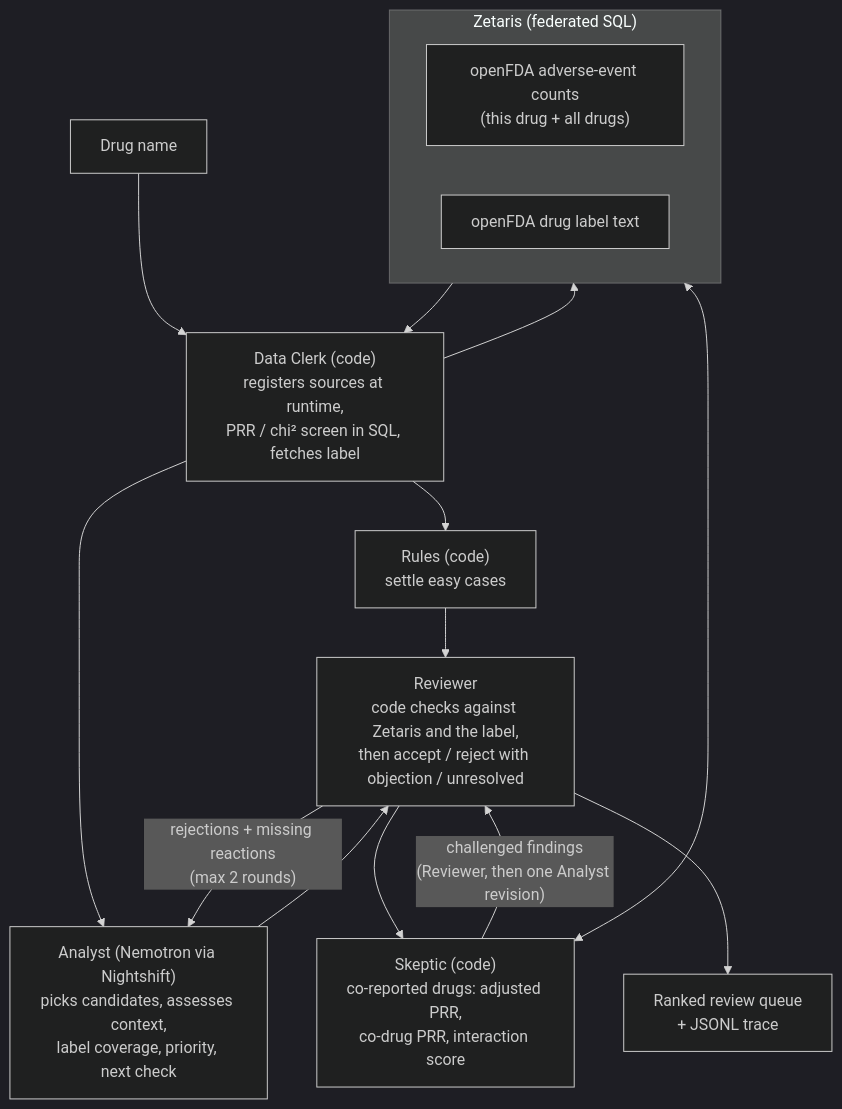
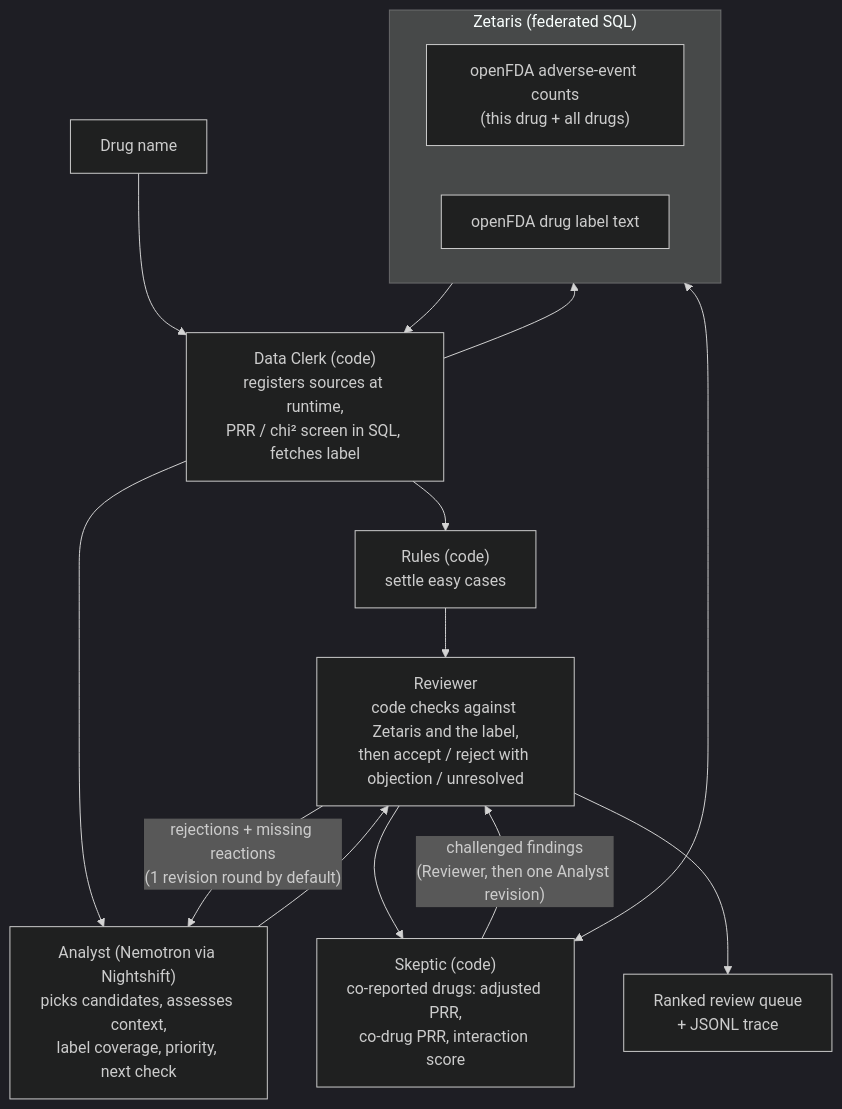
Before and after one commit to realRickyNguyen/Vigil-Agent: the diagram in README.md, drawn with Mermaid (dark theme). The commit also changed other lines of this file and 6 other files, not shown here.

````diff
--- a/README.md
+++ b/README.md
@@ -82,19 +84,19 @@
 ```mermaid
 flowchart TD
     IN["Drug name"] --> CLERK
     subgraph Z["Zetaris (federated SQL)"]
       FAERS["openFDA adverse-event counts<br/>(this drug + all drugs)"]
       LABEL["openFDA drug label text"]
     end
     CLERK["Data Clerk (code)<br/>registers sources at runtime,<br/>PRR / chi² screen in SQL, fetches label"] --> Z
     Z --> CLERK
     CLERK --> RULES["Rules (code)<br/>settle easy cases"]
     CLERK --> HUNTER["Analyst (Nemotron via Nightshift)<br/>picks candidates, assesses context,<br/>label coverage, priority, next check"]
     RULES --> JUDGE
     HUNTER --> JUDGE["Reviewer<br/>code checks against Zetaris and the label,<br/>then accept / reject with objection / unresolved"]
-    JUDGE -- "rejections + missing reactions<br/>(max 2 rounds)" --> HUNTER
+    JUDGE -- "rejections + missing reactions<br/>(1 revision round by default)" --> HUNTER
     JUDGE --> SKEPTIC["Skeptic (code)<br/>co-reported drugs: adjusted PRR,<br/>co-drug PRR, interaction score"]
     SKEPTIC <--> Z
     SKEPTIC -- "challenged findings<br/>(Reviewer, then one Analyst revision)" --> JUDGE
     JUDGE --> OUT["Ranked review queue<br/>+ JSONL trace"]
 ```
````
